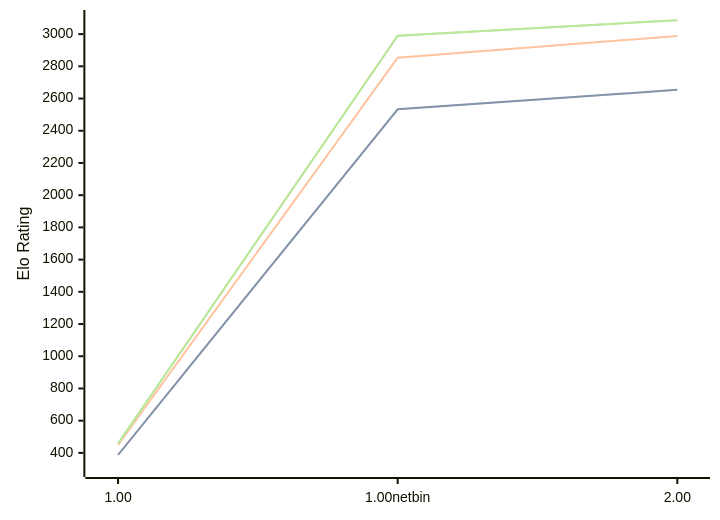
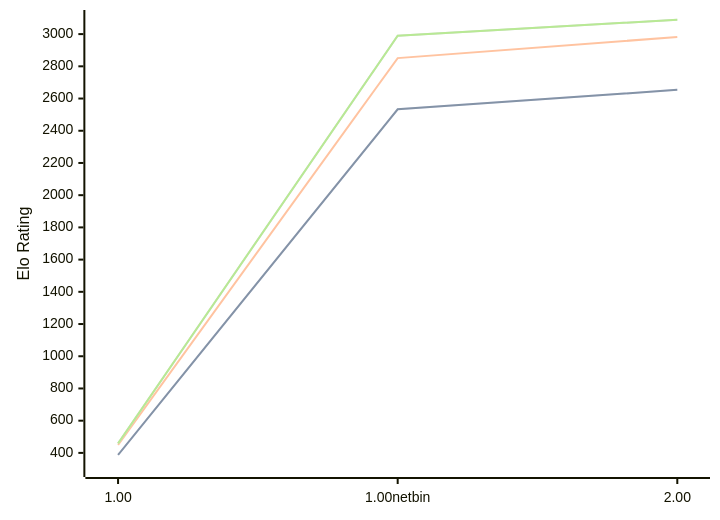
One commit to computer-chess-index/cci changed the third of 3 diagrams in engines/Gilipol.md. Above: the diagram before and after it, drawn with Mermaid. The commit also changed other lines of this file, not shown here.

Commit message:
Update CCI Ratings (ELO VLTC) - 2026-06-19

````diff
--- a/engines/Gilipol.md
+++ b/engines/Gilipol.md
@@ -66,11 +66,11 @@
 ```mermaid
 %%{init: {"theme":"base","themeVariables":{"seriesColors:['#a3a3a3','#222221','#faa371']}}}%%
 xychart-beta
   x-axis ["1.00", "1.00netbin", "2.00"]
   y-axis "Elo Rating" 300 --> 3100
   line "STC (8.0+0.08s)" [387, 2533, 2654]
   line "STC (8.0+0.08s)" [387, 2533, 2654]
-  line "LTC (60.0+0.60s)" [450, 2853, 2989]
-  line "VLTC (2m24s+1.12s)" [459, 2990, 3086]
-  line "VLTC (2m24s+1.12s)" [459, 2990, 3086]
+  line "LTC (60.0+0.60s)" [450, 2851, 2982]
+  line "VLTC (2m24s+1.12s)" [459, 2990, 3089]
+  line "VLTC (2m24s+1.12s)" [459, 2990, 3089]
 ```
````
